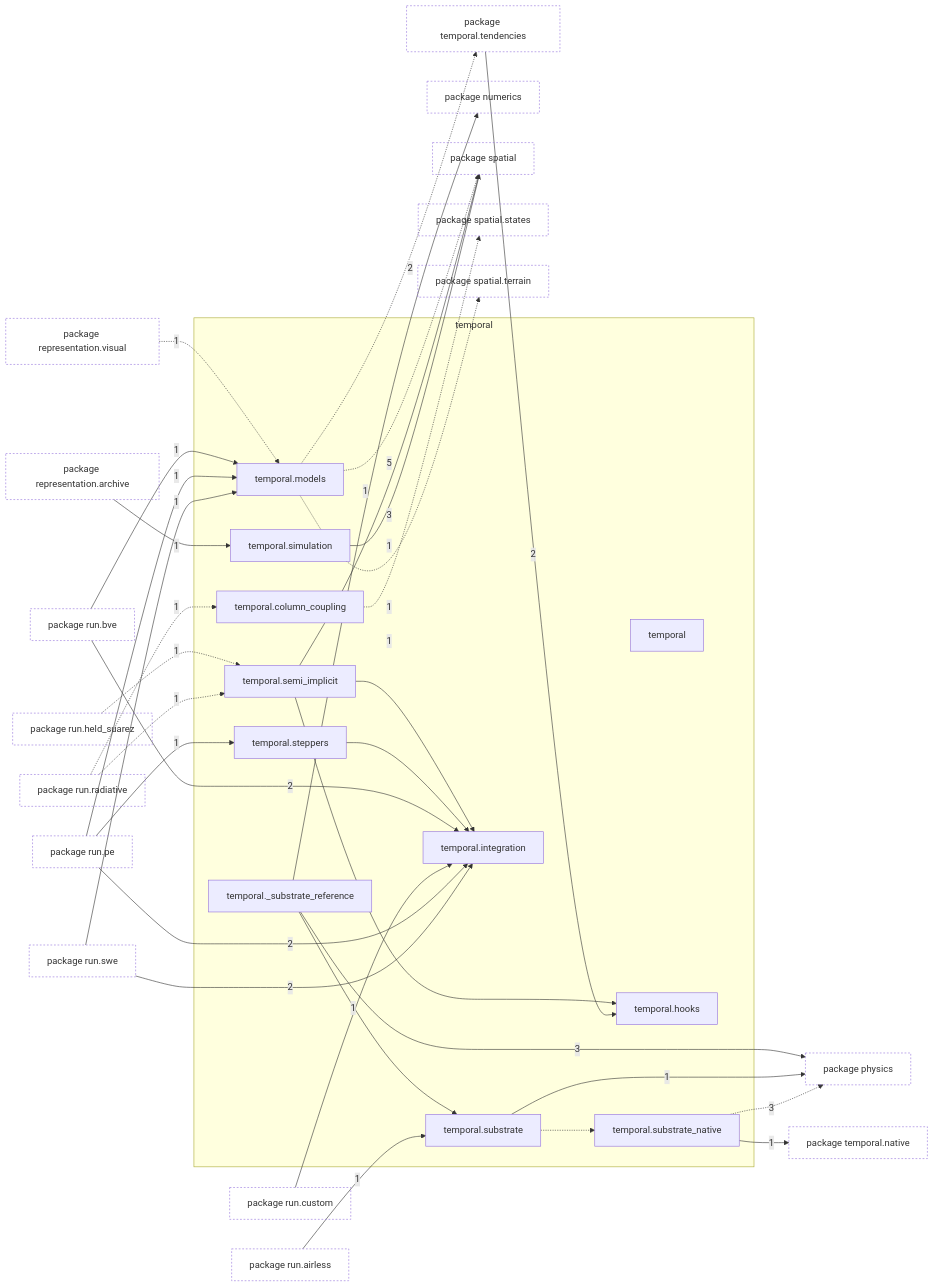
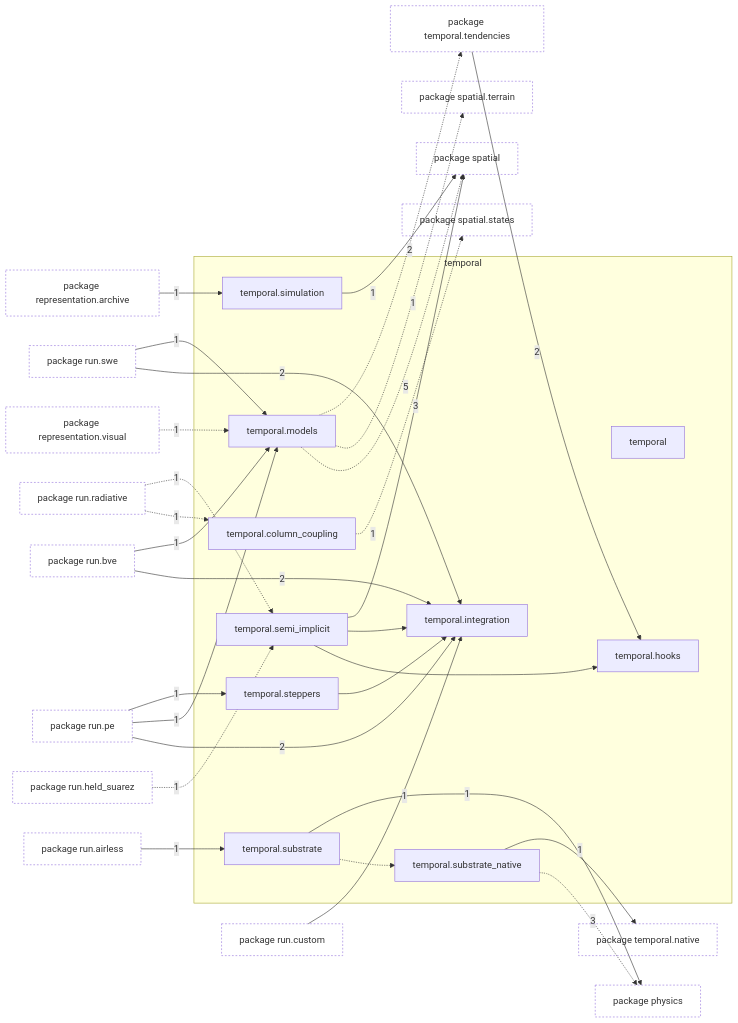
One commit to AlexandreEros/Palintropos changed the first of 2 diagrams in docs/architecture/current/packages/tropoi.temporal.md. Above: the diagram before and after it, drawn with Mermaid. The commit also changed other lines of this file and 26 other files, not shown here.

First line of the commit message:
Remove the Python migration reference of the substrate step (stage G) (#83)

````diff
--- a/docs/architecture/current/packages/tropoi.temporal.md
+++ b/docs/architecture/current/packages/tropoi.temporal.md
@@ -29,82 +28,76 @@
 ```mermaid
 %% Generated by tools.architecture 2.3.0. Do not edit by hand.
 %% Modules of tropoi.temporal with imports in and out
 flowchart LR
     subgraph g_tropoi_otemporal["temporal"]
         n_tropoi_otemporal["temporal"]
-        n_tropoi_otemporal_o__substrate__reference["temporal.#95;substrate#95;reference"]
         n_tropoi_otemporal_ocolumn__coupling["temporal.column#95;coupling"]
         n_tropoi_otemporal_ohooks["temporal.hooks"]
         n_tropoi_otemporal_ointegration["temporal.integration"]
         n_tropoi_otemporal_omodels["temporal.models"]
         n_tropoi_otemporal_osemi__implicit["temporal.semi#95;implicit"]
         n_tropoi_otemporal_osimulation["temporal.simulation"]
         n_tropoi_otemporal_osteppers["temporal.steppers"]
         n_tropoi_otemporal_osubstrate["temporal.substrate"]
         n_tropoi_otemporal_osubstrate__native["temporal.substrate#95;native"]
     end
-    p_tropoi_onumerics["package numerics"]
     p_tropoi_ophysics["package physics"]
     p_tropoi_orepresentation_oarchive["package representation.archive"]
     p_tropoi_orepresentation_ovisual["package representation.visual"]
     p_tropoi_orun_oairless["package run.airless"]
     p_tropoi_orun_obve["package run.bve"]
     p_tropoi_orun_ocustom["package run.custom"]
     p_tropoi_orun_oheld__suarez["package run.held#95;suarez"]
     p_tropoi_orun_ope["package run.pe"]
     p_tropoi_orun_oradiative["package run.radiative"]
     p_tropoi_orun_oswe["package run.swe"]
     p_tropoi_ospatial["package spatial"]
     p_tropoi_ospatial_ostates["package spatial.states"]
     p_tropoi_ospatial_oterrain["package spatial.terrain"]
     p_tropoi_otemporal_onative["package temporal.native"]
     p_tropoi_otemporal_otendencies["package temporal.tendencies"]
-    n_tropoi_otemporal_o__substrate__reference --> n_tropoi_otemporal_osubstrate
     n_tropoi_otemporal_osemi__implicit --> n_tropoi_otemporal_ohooks
     n_tropoi_otemporal_osemi__implicit --> n_tropoi_otemporal_ointegration
     n_tropoi_otemporal_osteppers --> n_tropoi_otemporal_ointegration
     n_tropoi_otemporal_osubstrate -.-> n_tropoi_otemporal_osubstrate__native
     p_tropoi_orepresentation_oarchive -->|1| n_tropoi_otemporal_osimulation
     p_tropoi_orepresentation_ovisual -.->|1| n_tropoi_otemporal_omodels
     p_tropoi_orun_oairless -->|1| n_tropoi_otemporal_osubstrate
     p_tropoi_orun_obve -->|2| n_tropoi_otemporal_ointegration
     p_tropoi_orun_obve -->|1| n_tropoi_otemporal_omodels
     p_tropoi_orun_ocustom -->|1| n_tropoi_otemporal_ointegration
     p_tropoi_orun_oheld__suarez -.->|1| n_tropoi_otemporal_osemi__implicit
     p_tropoi_orun_ope -->|2| n_tropoi_otemporal_ointegration
     p_tropoi_orun_ope -->|1| n_tropoi_otemporal_omodels
     p_tropoi_orun_ope -->|1| n_tropoi_otemporal_osteppers
     p_tropoi_orun_oradiative -.->|1| n_tropoi_otemporal_ocolumn__coupling
     p_tropoi_orun_oradiative -.->|1| n_tropoi_otemporal_osemi__implicit
     p_tropoi_orun_oswe -->|2| n_tropoi_otemporal_ointegration
     p_tropoi_orun_oswe -->|1| n_tropoi_otemporal_omodels
     p_tropoi_otemporal_otendencies -->|2| n_tropoi_otemporal_ohooks
-    n_tropoi_otemporal_o__substrate__reference -->|1| p_tropoi_onumerics
-    n_tropoi_otemporal_o__substrate__reference -->|3| p_tropoi_ophysics
     n_tropoi_otemporal_ocolumn__coupling -.->|1| p_tropoi_ospatial_ostates
     n_tropoi_otemporal_omodels -.->|5| p_tropoi_ospatial
     n_tropoi_otemporal_omodels -.->|1| p_tropoi_ospatial_oterrain
     n_tropoi_otemporal_omodels -.->|2| p_tropoi_otemporal_otendencies
     n_tropoi_otemporal_osemi__implicit -->|3| p_tropoi_ospatial
     n_tropoi_otemporal_osimulation -->|1| p_tropoi_ospatial
     n_tropoi_otemporal_osubstrate -->|1| p_tropoi_ophysics
     n_tropoi_otemporal_osubstrate__native -.->|3| p_tropoi_ophysics
     n_tropoi_otemporal_osubstrate__native -->|1| p_tropoi_otemporal_onative
     classDef other fill:none,stroke-dasharray:3 3
-    class p_tropoi_onumerics other
     class p_tropoi_ophysics other
     class p_tropoi_orepresentation_oarchive other
     class p_tropoi_orepresentation_ovisual other
     class p_tropoi_orun_oairless other
     class p_tropoi_orun_obve other
     class p_tropoi_orun_ocustom other
     class p_tropoi_orun_oheld__suarez other
     class p_tropoi_orun_ope other
     class p_tropoi_orun_oradiative other
     class p_tropoi_orun_oswe other
     class p_tropoi_ospatial other
     class p_tropoi_ospatial_ostates other
     class p_tropoi_ospatial_oterrain other
     class p_tropoi_otemporal_onative other
     class p_tropoi_otemporal_otendencies other
 ```
````
